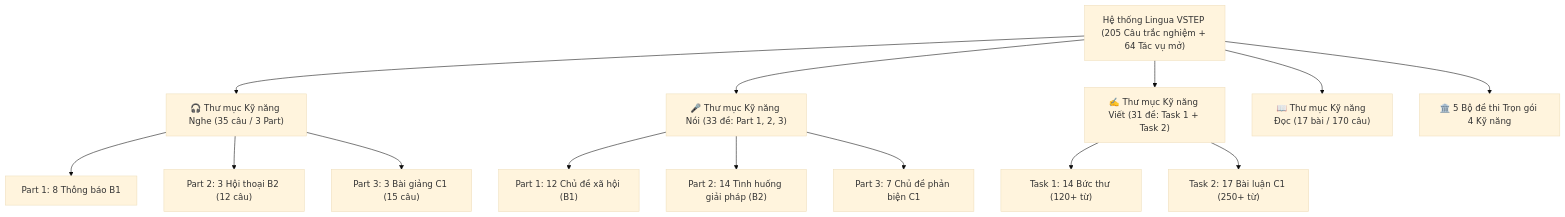
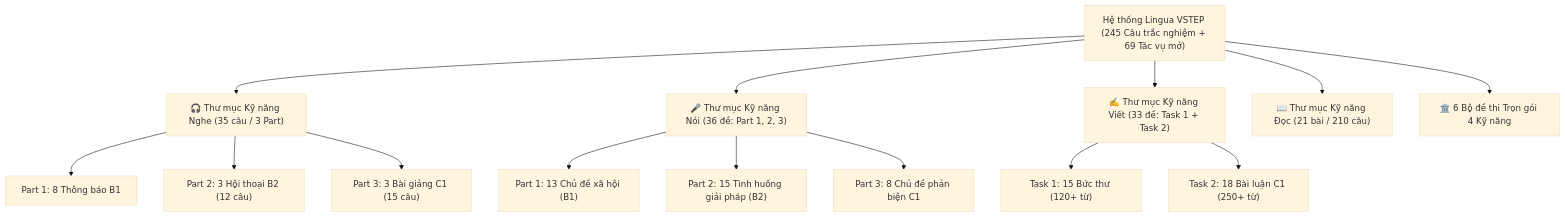
The diagram in BAO_CAO_DU_AN_VSTEP.md (tiendung04dtvt-debug/lingua), drawn with Mermaid (base theme) before and after one commit. The commit also changed other lines of this file and 8 other files, not shown here.

````diff
--- a/BAO_CAO_DU_AN_VSTEP.md
+++ b/BAO_CAO_DU_AN_VSTEP.md
@@ -23,19 +23,19 @@
 ```mermaid
 graph TD
-    A["Hệ thống Lingua VSTEP (205 Câu trắc nghiệm + 64 Tác vụ mở)"] --> B["🎧 Thư mục Kỹ năng Nghe (35 câu / 3 Part)"]
-    A --> C["🎤 Thư mục Kỹ năng Nói (33 đề: Part 1, 2, 3)"]
-    A --> D["✍️ Thư mục Kỹ năng Viết (31 đề: Task 1 + Task 2)"]
-    A --> E["📖 Thư mục Kỹ năng Đọc (17 bài / 170 câu)"]
-    A --> F["🏛️ 5 Bộ đề thi Trọn gói 4 Kỹ năng"]
+    A["Hệ thống Lingua VSTEP (245 Câu trắc nghiệm + 69 Tác vụ mở)"] --> B["🎧 Thư mục Kỹ năng Nghe (35 câu / 3 Part)"]
+    A --> C["🎤 Thư mục Kỹ năng Nói (36 đề: Part 1, 2, 3)"]
+    A --> D["✍️ Thư mục Kỹ năng Viết (33 đề: Task 1 + Task 2)"]
+    A --> E["📖 Thư mục Kỹ năng Đọc (21 bài / 210 câu)"]
+    A --> F["🏛️ 6 Bộ đề thi Trọn gói 4 Kỹ năng"]
 
     B --> B1["Part 1: 8 Thông báo B1"]
     B --> B2["Part 2: 3 Hội thoại B2 (12 câu)"]
     B --> B3["Part 3: 3 Bài giảng C1 (15 câu)"]
 
-    C --> C1["Part 1: 12 Chủ đề xã hội (B1)"]
-    C --> C2["Part 2: 14 Tình huống giải pháp (B2)"]
-    C --> C3["Part 3: 7 Chủ đề phản biện C1"]
+    C --> C1["Part 1: 13 Chủ đề xã hội (B1)"]
+    C --> C2["Part 2: 15 Tình huống giải pháp (B2)"]
+    C --> C3["Part 3: 8 Chủ đề phản biện C1"]
 
-    D --> D1["Task 1: 14 Bức thư (120+ từ)"]
-    D --> D2["Task 2: 17 Bài luận C1 (250+ từ)"]
+    D --> D1["Task 1: 15 Bức thư (120+ từ)"]
+    D --> D2["Task 2: 18 Bài luận C1 (250+ từ)"]
 ```
````
